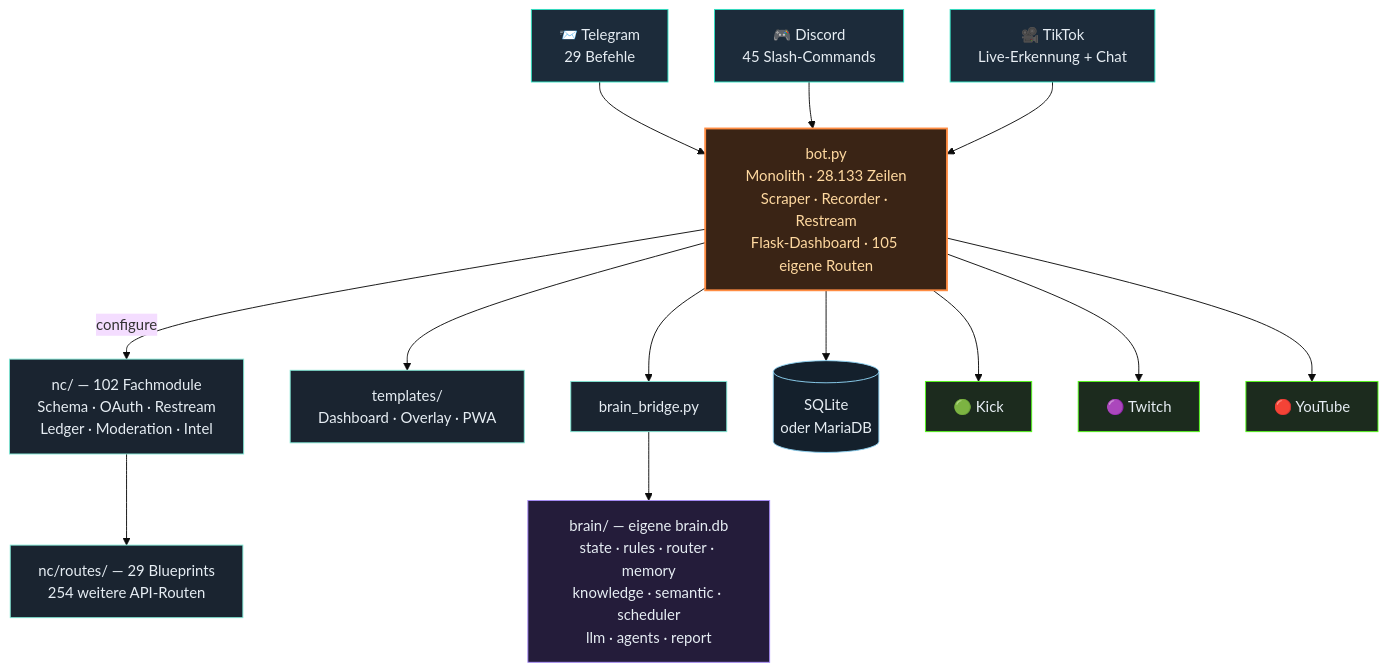
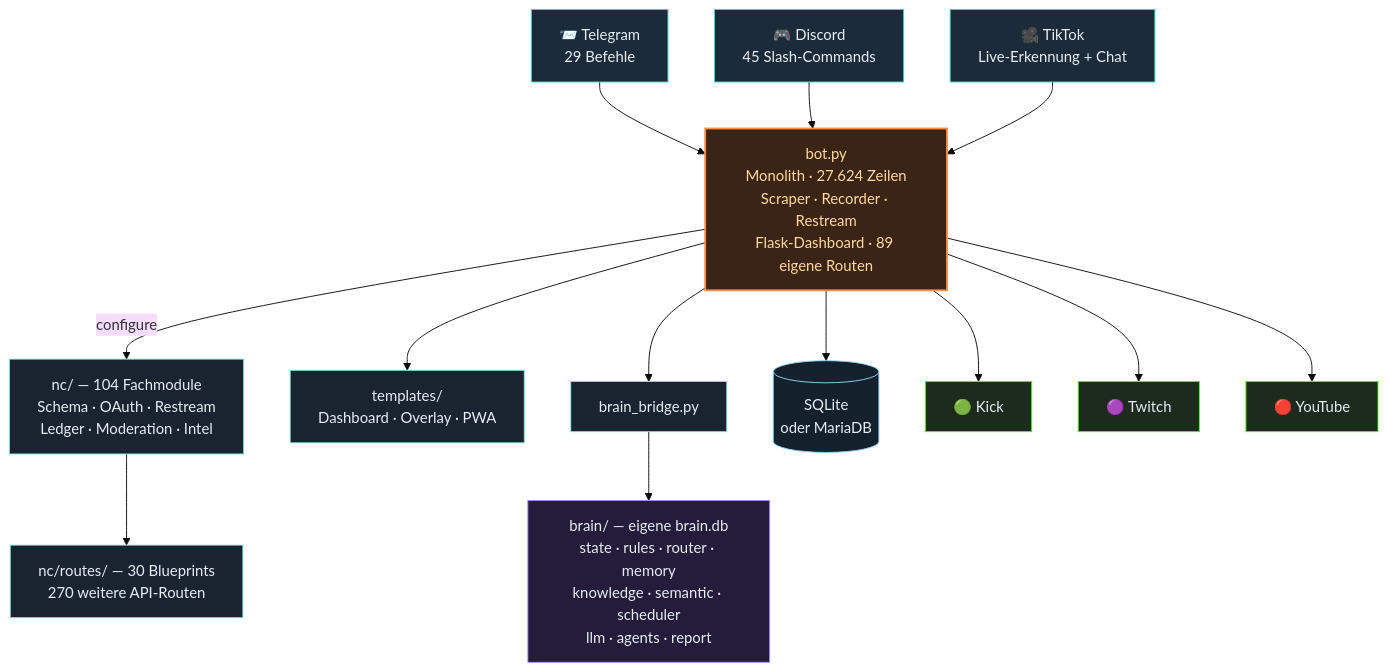
The third of 4 diagrams in README.md (itsamemedev/Telegram-Stream-Info-Bot), drawn with Mermaid (base theme) before and after one commit. The commit also changed other lines of this file and 15 other files, not shown here.

First line of the commit message:
/api/restream als Blueprint, Sendeziele mit einer Parse-Regel (v4.1 W22)

````diff
--- a/README.md
+++ b/README.md
@@ -189,30 +189,30 @@
 ```mermaid
 flowchart TB
     TG["📨 Telegram<br/>29 Befehle"]:::ein
     DC["🎮 Discord<br/>45 Slash-Commands"]:::ein
     TT["🎥 TikTok<br/>Live-Erkennung + Chat"]:::ein
 
     TG --> BOT
     DC --> BOT
     TT --> BOT
 
-    BOT["bot.py<br/>Monolith · 28.133 Zeilen<br/>Scraper · Recorder · Restream<br/>Flask-Dashboard · 105 eigene Routen"]:::core
+    BOT["bot.py<br/>Monolith · 27.624 Zeilen<br/>Scraper · Recorder · Restream<br/>Flask-Dashboard · 89 eigene Routen"]:::core
 
-    BOT -->|configure| NC["nc/ — 102 Fachmodule<br/>Schema · OAuth · Restream<br/>Ledger · Moderation · Intel"]:::lib
-    NC --> RT["nc/routes/ — 29 Blueprints<br/>254 weitere API-Routen"]:::lib
+    BOT -->|configure| NC["nc/ — 104 Fachmodule<br/>Schema · OAuth · Restream<br/>Ledger · Moderation · Intel"]:::lib
+    NC --> RT["nc/routes/ — 30 Blueprints<br/>270 weitere API-Routen"]:::lib
     BOT --> TPL["templates/<br/>Dashboard · Overlay · PWA"]:::lib
     BOT --> BR["brain_bridge.py"]:::lib
     BR --> BRAIN["brain/ — eigene brain.db<br/>state · rules · router · memory<br/>knowledge · semantic · scheduler<br/>llm · agents · report"]:::brain
     BOT --> DB[("SQLite<br/>oder MariaDB")]:::db
 
     BOT --> KICK["🟢 Kick"]:::out
     BOT --> TW["🟣 Twitch"]:::out
     BOT --> YT["🔴 YouTube"]:::out
 
     classDef ein fill:#1c2b3a,stroke:#2de1c2,color:#e6edf3
     classDef core fill:#3a2415,stroke:#ff8c42,stroke-width:2px,color:#ffd9a0
     classDef lib fill:#1a2430,stroke:#7fe7d4,color:#e6edf3
     classDef brain fill:#241c3a,stroke:#a78bfa,color:#e6edf3
     classDef db fill:#14202c,stroke:#8fd3f4,color:#e6edf3
     classDef out fill:#1c2b1e,stroke:#53fc18,color:#e6edf3
 ```
````
